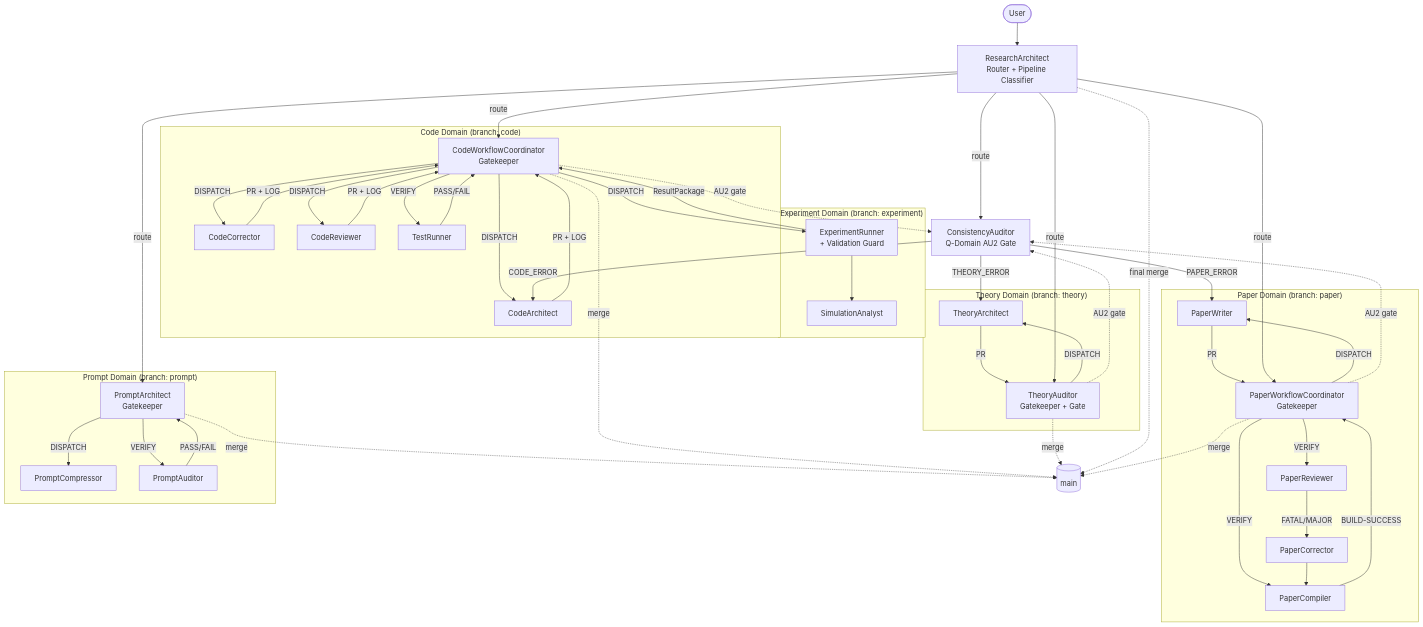
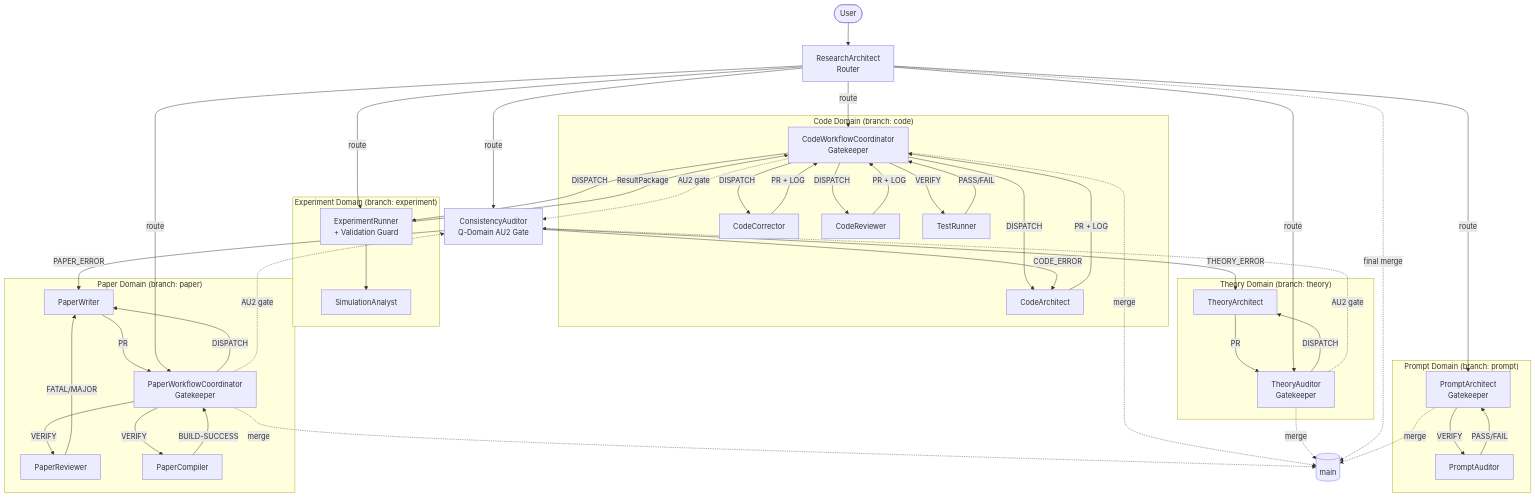
Before and after one commit to t0m0h1r0/TwoPhaseFlow: the diagram in prompts/README.md, drawn with Mermaid. The commit also changed other lines of this file and 21 other files, not shown here.

````diff
--- a/prompts/README.md
+++ b/prompts/README.md
@@ -221,82 +165,65 @@
 ```mermaid
 flowchart TD
-    User([User]) --> RA[ResearchArchitect<br/>Router + Pipeline Classifier]
+    User([User]) --> RA[ResearchArchitect<br/>Router]
+
+    subgraph Theory["Theory Domain (branch: theory)"]
+        TAud[TheoryAuditor<br/>Gatekeeper]
+        TArc[TheoryArchitect]
+        TAud -->|DISPATCH| TArc
+        TArc -->|PR| TAud
+    end
 
     subgraph Code["Code Domain (branch: code)"]
         CWC[CodeWorkflowCoordinator<br/>Gatekeeper]
         CA[CodeArchitect]
         CC[CodeCorrector]
         CR[CodeReviewer]
         TR[TestRunner]
-        CWC -->|DISPATCH| CA
-        CWC -->|DISPATCH| CC
-        CWC -->|DISPATCH| CR
-        CA -->|PR + LOG| CWC
-        CC -->|PR + LOG| CWC
-        CR -->|PR + LOG| CWC
+        CWC -->|DISPATCH| CA & CC & CR
+        CA & CC & CR -->|PR + LOG| CWC
         CWC -->|VERIFY| TR
         TR -->|PASS/FAIL| CWC
     end
 
     subgraph Experiment["Experiment Domain (branch: experiment)"]
         ER[ExperimentRunner<br/>+ Validation Guard]
         SA[SimulationAnalyst]
         CWC -->|DISPATCH| ER
         ER -->|ResultPackage| CWC
         ER --> SA
     end
 
     subgraph Paper["Paper Domain (branch: paper)"]
         PWC[PaperWorkflowCoordinator<br/>Gatekeeper]
         PW[PaperWriter]
         PRev[PaperReviewer]
         PC[PaperCompiler]
-        PCor[PaperCorrector]
         PWC -->|DISPATCH| PW
         PW -->|PR| PWC
-        PWC -->|VERIFY| PC
-        PWC -->|VERIFY| PRev
-        PRev -->|FATAL/MAJOR| PCor
-        PCor --> PC
+        PWC -->|VERIFY| PC & PRev
+        PRev -->|FATAL/MAJOR| PW
         PC -->|BUILD-SUCCESS| PWC
-    end
-
-    subgraph Theory["Theory Domain (branch: theory)"]
-        TAud[TheoryAuditor<br/>Gatekeeper + Gate]
-        TArc[TheoryArchitect]
-        TAud -->|DISPATCH| TArc
-        TArc -->|PR| TAud
     end
 
     subgraph Prompt["Prompt Domain (branch: prompt)"]
         PArc[PromptArchitect<br/>Gatekeeper]
-        PCmp[PromptCompressor]
         PAud[PromptAuditor]
-        PArc -->|DISPATCH| PCmp
         PArc -->|VERIFY| PAud
         PAud -->|PASS/FAIL| PArc
     end
 
-    RA -->|route| CWC
-    RA -->|route| PWC
-    RA -->|route| TAud
-    RA -->|route| PArc
-    RA -->|route| CON
+    RA -->|route| CWC & PWC & TAud & PArc & CON & ER
 
     CON[ConsistencyAuditor<br/>Q-Domain AU2 Gate]
-
     CWC -.->|AU2 gate| CON
     PWC -.->|AU2 gate| CON
     TAud -.->|AU2 gate| CON
 
     CON -->|PAPER_ERROR| PW
     CON -->|CODE_ERROR| CA
     CON -->|THEORY_ERROR| TArc
 
     MAIN[(main)]
-    CWC -.->|merge| MAIN
-    PWC -.->|merge| MAIN
-    TAud -.->|merge| MAIN
-    PArc -.->|merge| MAIN
+    CWC & PWC & TAud & PArc -.->|merge| MAIN
     RA -.->|final merge| MAIN
 ```
````
